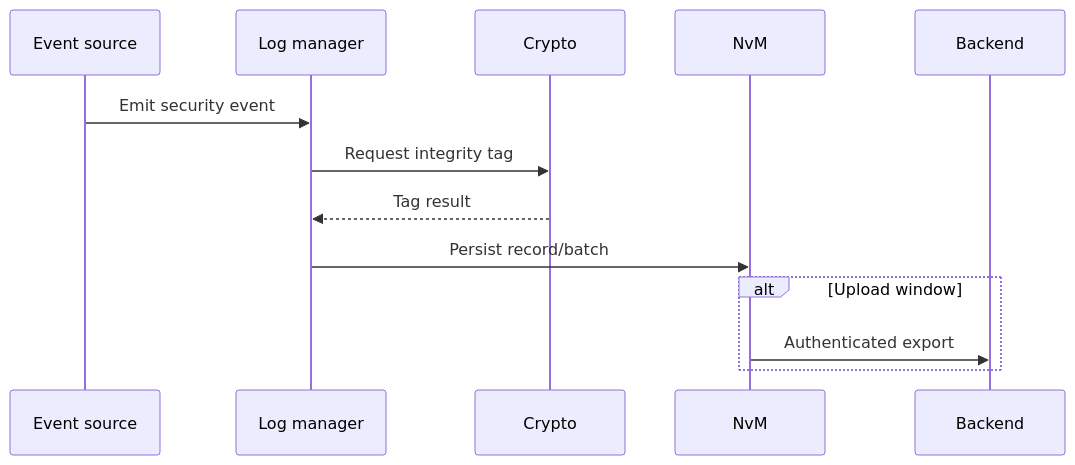
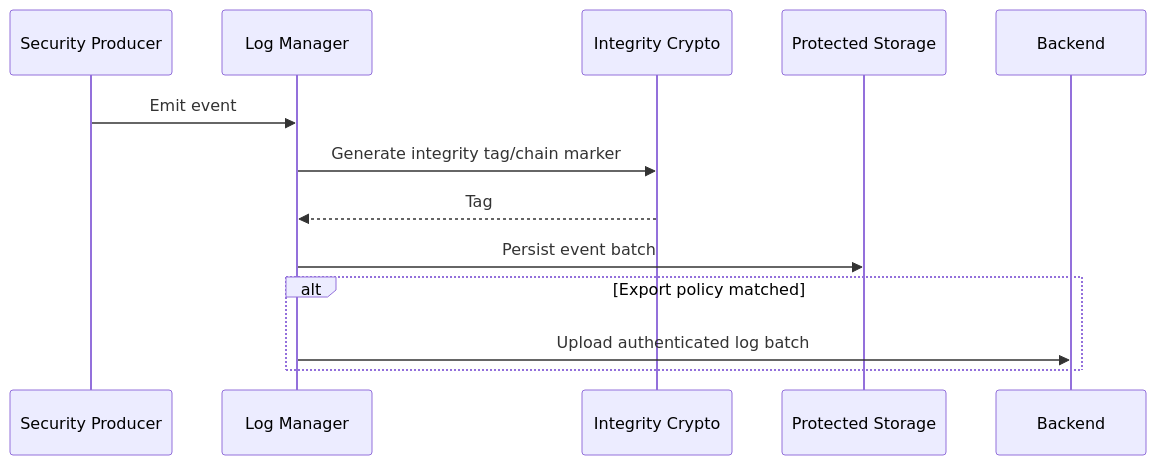
The third of 3 diagrams in TDA4VM_Secure_Logging_Requirements.md (vinodneelakantam/Sec_Concepts_Req_tracability), drawn with Mermaid before and after one commit. The commit also changed other lines of this file and 7 other files, not shown here.

````diff
--- a/TDA4VM_Secure_Logging_Requirements.md
+++ b/TDA4VM_Secure_Logging_Requirements.md
@@ -83,16 +75,16 @@
 ```mermaid
 sequenceDiagram
-  participant E as Event source
-  participant L as Log manager
-  participant C as Crypto
-  participant N as NvM
+  participant P as Security Producer
+  participant M as Log Manager
+  participant C as Integrity Crypto
+  participant S as Protected Storage
   participant B as Backend
 
-  E->>L: Emit security event
-  L->>C: Request integrity tag
-  C-->>L: Tag result
-  L->>N: Persist record/batch
-  alt Upload window
-    N->>B: Authenticated export
+  P->>M: Emit event
+  M->>C: Generate integrity tag/chain marker
+  C-->>M: Tag
+  M->>S: Persist event batch
+  alt Export policy matched
+    M->>B: Upload authenticated log batch
   end
 ```
````
